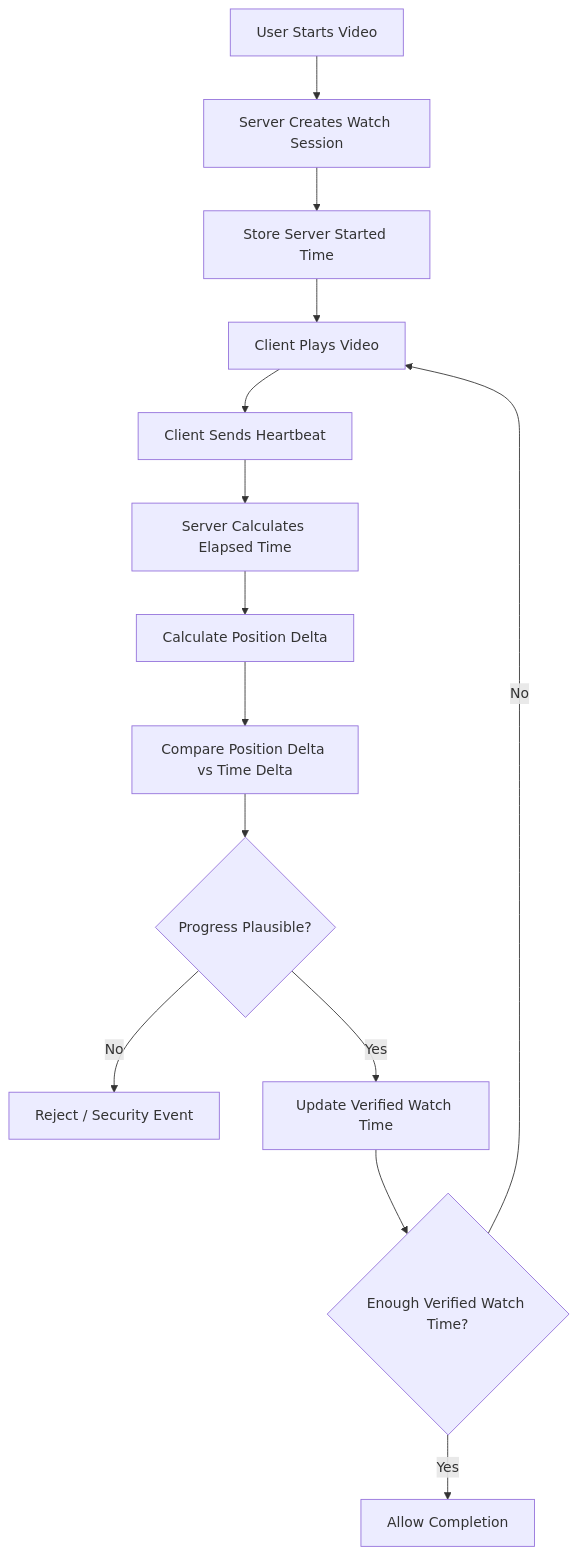
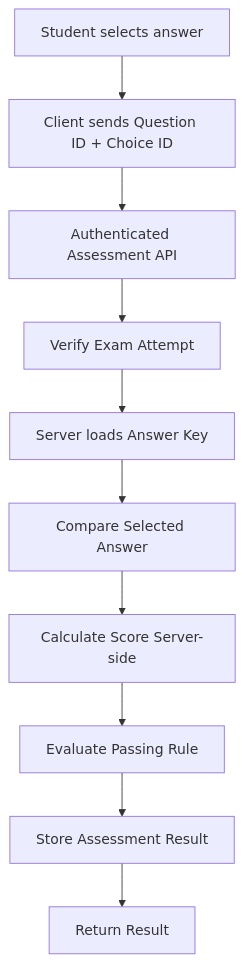
The fourth of 5 diagrams in README.md (ntdotjsx/ovec-bypass), drawn with Mermaid before and after one commit. The commit also changed other lines of this file, not shown here.

````diff
--- a/README.md
+++ b/README.md
@@ -768,30 +547,22 @@
 ```mermaid
 flowchart TD
 
-    A[User Starts Video]
-    --> B[Server Creates Watch Session]
+    A[Student selects answer]
+    --> B[Client sends Question ID + Choice ID]
 
-    B --> C[Store Server Started Time]
+    B --> C[Authenticated Assessment API]
 
-    C --> D[Client Plays Video]
+    C --> D[Verify Exam Attempt]
 
-    D --> E[Client Sends Heartbeat]
+    D --> E[Server loads Answer Key]
 
-    E --> F[Server Calculates Elapsed Time]
+    E --> F[Compare Selected Answer]
 
-    F --> G[Calculate Position Delta]
+    F --> G[Calculate Score Server-side]
 
-    G --> H[Compare Position Delta vs Time Delta]
+    G --> H[Evaluate Passing Rule]
 
-    H --> I{Progress Plausible?}
+    H --> I[Store Assessment Result]
 
-    I -- No --> J[Reject / Security Event]
-
-    I -- Yes --> K[Update Verified Watch Time]
-
-    K --> L{Enough Verified Watch Time?}
-
-    L -- No --> D
-
-    L -- Yes --> M[Allow Completion]
+    I --> J[Return Result]
 ```
````
